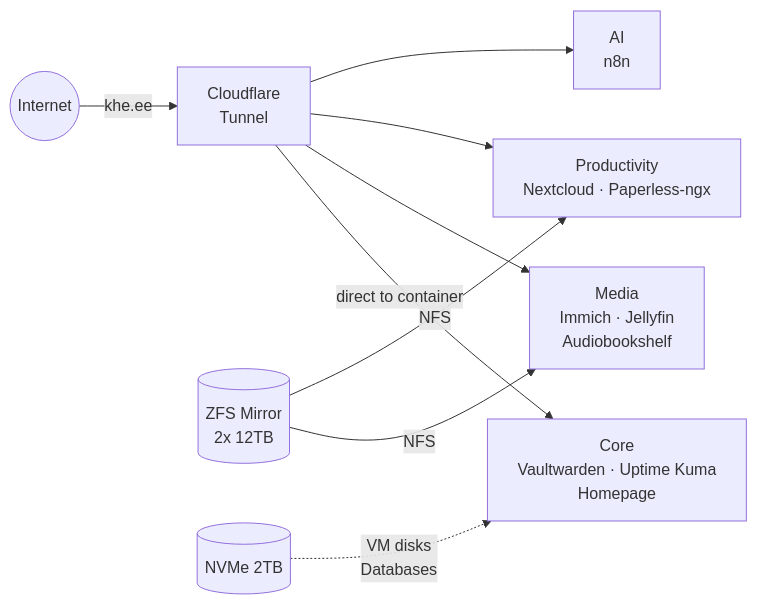
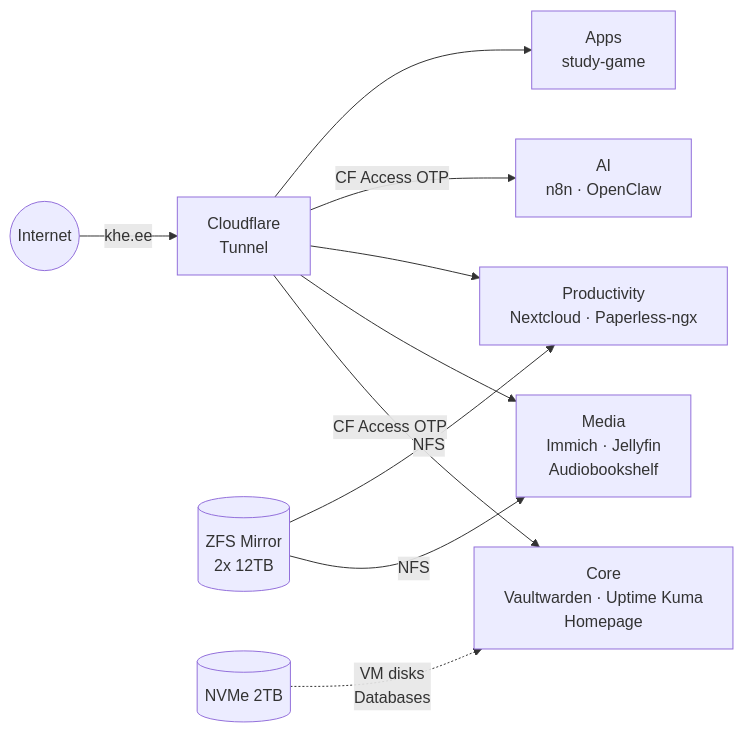
The diagram in README.md (khelias/khe-homelab), drawn with Mermaid before and after one commit. The commit also changed other lines of this file and 3 other files, not shown here.

First line of the commit message:
Docs and config cleanup: sync state after OpenClaw devops setup

````diff
--- a/README.md
+++ b/README.md
@@ -7,12 +7,13 @@
 ```mermaid
 graph LR
     Internet((Internet)) -->|khe.ee| CF[Cloudflare\nTunnel]
-    CF -->|direct to container| Core[Core\nVaultwarden · Uptime Kuma\nHomepage]
+    CF -->|CF Access OTP| Core[Core\nVaultwarden · Uptime Kuma\nHomepage]
     CF --> Media[Media\nImmich · Jellyfin\nAudiobookshelf]
     CF --> Prod[Productivity\nNextcloud · Paperless-ngx]
-    CF --> AI[AI\nn8n]
+    CF -->|CF Access OTP| AI[AI\nn8n · OpenClaw]
+    CF --> Apps[Apps\nstudy-game]
 
     HDD[(ZFS Mirror\n2x 12TB)] -->|NFS| Media
     HDD -->|NFS| Prod
     NVMe[(NVMe 2TB)] -.->|VM disks\nDatabases| Core
 ```
````
